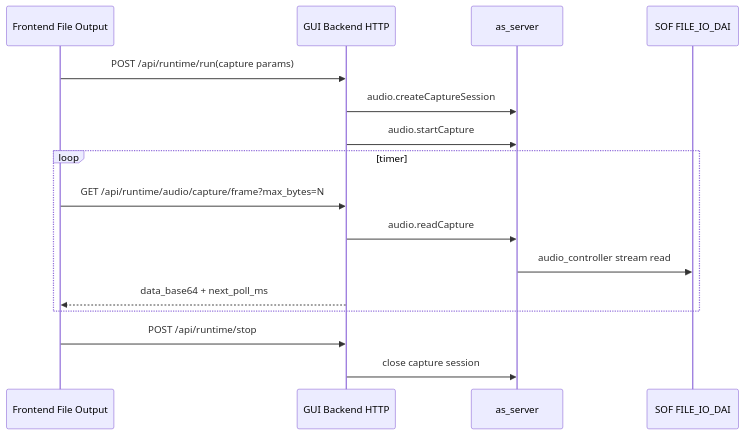
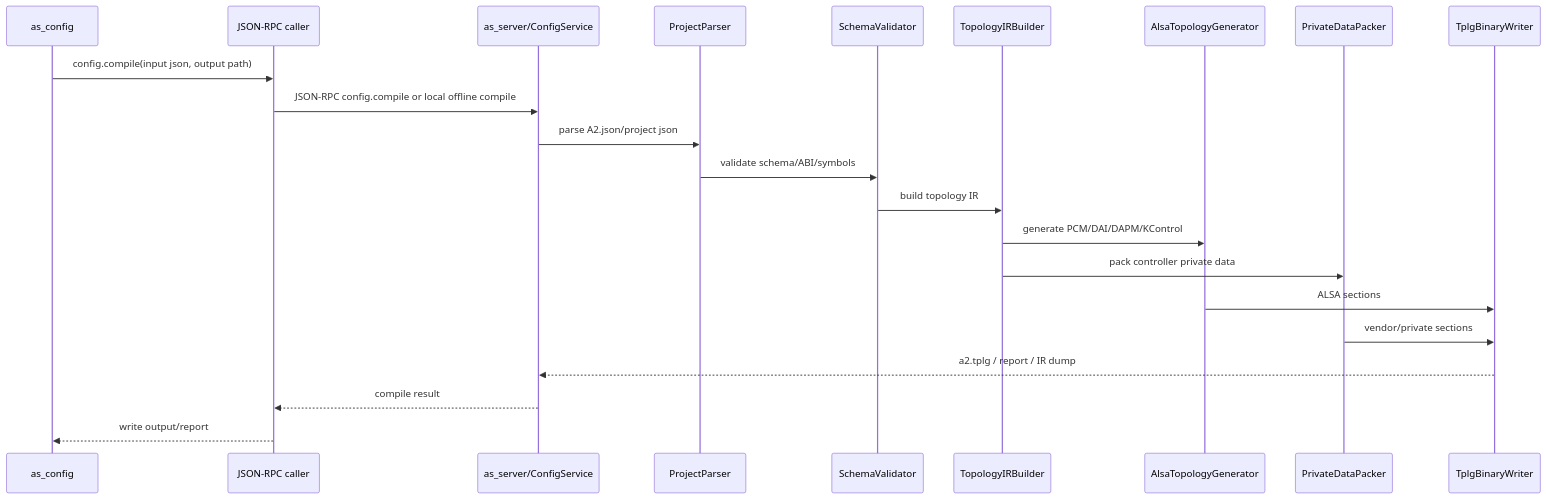
Diagram 15 of 15 in docs/audio_studio_framework_design.md (handsomeleeshu/Audio-Studio), drawn with Mermaid before and after one commit. The commit also changed other lines of this file and 13 other files, not shown here.

Commit message:
Refine GUI server debug lifecycle

````diff
--- a/docs/audio_studio_framework_design.md
+++ b/docs/audio_studio_framework_design.md
@@ -360,19 +2674,25 @@
 ```mermaid
 sequenceDiagram
-    participant UI as Frontend File Output
-    participant HTTP as GUI Backend HTTP
-    participant AS as as_server
-    participant SOF as SOF FILE_IO_DAI
+  participant CLI as as_config
+  participant RPC as JSON-RPC caller
+  participant Server as as_server/ConfigService
+  participant Parser as ProjectParser
+  participant Validator as SchemaValidator
+  participant IR as TopologyIRBuilder
+  participant Alsa as AlsaTopologyGenerator
+  participant Private as PrivateDataPacker
+  participant Writer as TplgBinaryWriter
 
-    UI->>HTTP: POST /api/runtime/run(capture params)
-    HTTP->>AS: audio.createCaptureSession
-    HTTP->>AS: audio.startCapture
-    loop timer
-        UI->>HTTP: GET /api/runtime/audio/capture/frame?max_bytes=N
-        HTTP->>AS: audio.readCapture
-        AS->>SOF: audio_controller stream read
-        HTTP-->>UI: data_base64 + next_poll_ms
-    end
-    UI->>HTTP: POST /api/runtime/stop
-    HTTP->>AS: close capture session
+  CLI->>RPC: config.compile(input json, output path)
+  RPC->>Server: JSON-RPC config.compile or local offline compile
+  Server->>Parser: parse A2.json/project json
+  Parser->>Validator: validate schema/ABI/symbols
+  Validator->>IR: build topology IR
+  IR->>Alsa: generate PCM/DAI/DAPM/KControl
+  IR->>Private: pack controller private data
+  Alsa->>Writer: ALSA sections
+  Private->>Writer: vendor/private sections
+  Writer-->>Server: a2.tplg / report / IR dump
+  Server-->>RPC: compile result
+  RPC-->>CLI: write output/report
 ```
````
